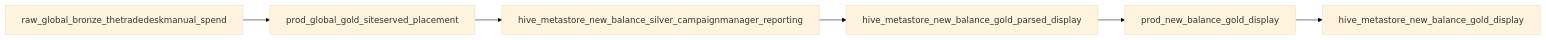
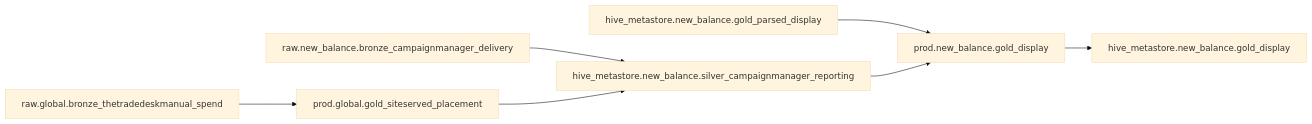
One commit to AnasAhmed-MHW/fuzzy-octo-sniffle changed the first of 2 diagrams in docs/signal/site-served.md. Above: the diagram before and after it, drawn with Mermaid (base theme). The commit also changed other lines of this file, not shown here.

````diff
--- a/docs/signal/site-served.md
+++ b/docs/signal/site-served.md
@@ -26,11 +26,15 @@
 ```mermaid
 graph LR;
     accTitle: Very High Level Overview
     accDescr: Tables Overview
-    raw_global_bronze_thetradedeskmanual_spend --> prod_global_gold_siteserved_placement;
-    prod_global_gold_siteserved_placement --> hive_metastore_new_balance_silver_campaignmanager_reporting;
-    hive_metastore_new_balance_silver_campaignmanager_reporting --> hive_metastore_new_balance_gold_parsed_display;
-    hive_metastore_new_balance_gold_parsed_display --> prod_new_balance_gold_display;
-    prod_new_balance_gold_display --> hive_metastore_new_balance_gold_display;
+    
+    raw.global.bronze_thetradedeskmanual_spend --> prod.global.gold_siteserved_placement;
+    
+    raw.new_balance.bronze_campaignmanager_delivery --> hive_metastore.new_balance.silver_campaignmanager_reporting;
+    prod.global.gold_siteserved_placement --> hive_metastore.new_balance.silver_campaignmanager_reporting;
+
+    hive_metastore.new_balance.gold_parsed_display --> prod.new_balance.gold_display;
+    hive_metastore.new_balance.silver_campaignmanager_reporting --> prod.new_balance.gold_display;
+    prod.new_balance.gold_display --> hive_metastore.new_balance.gold_display;
 
 ```
````
